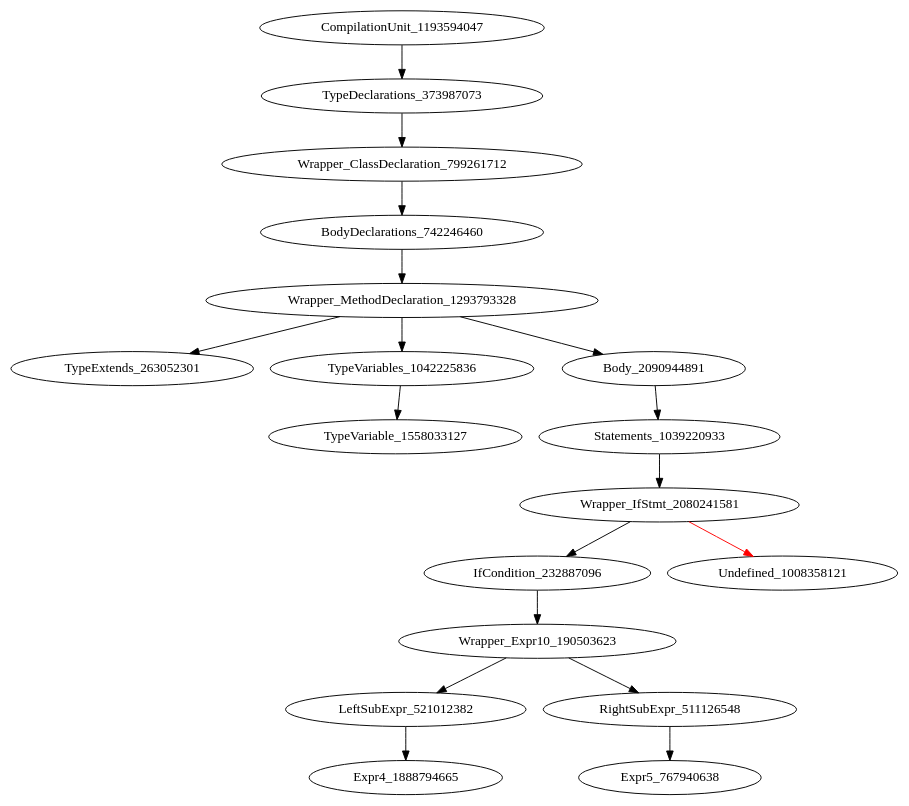
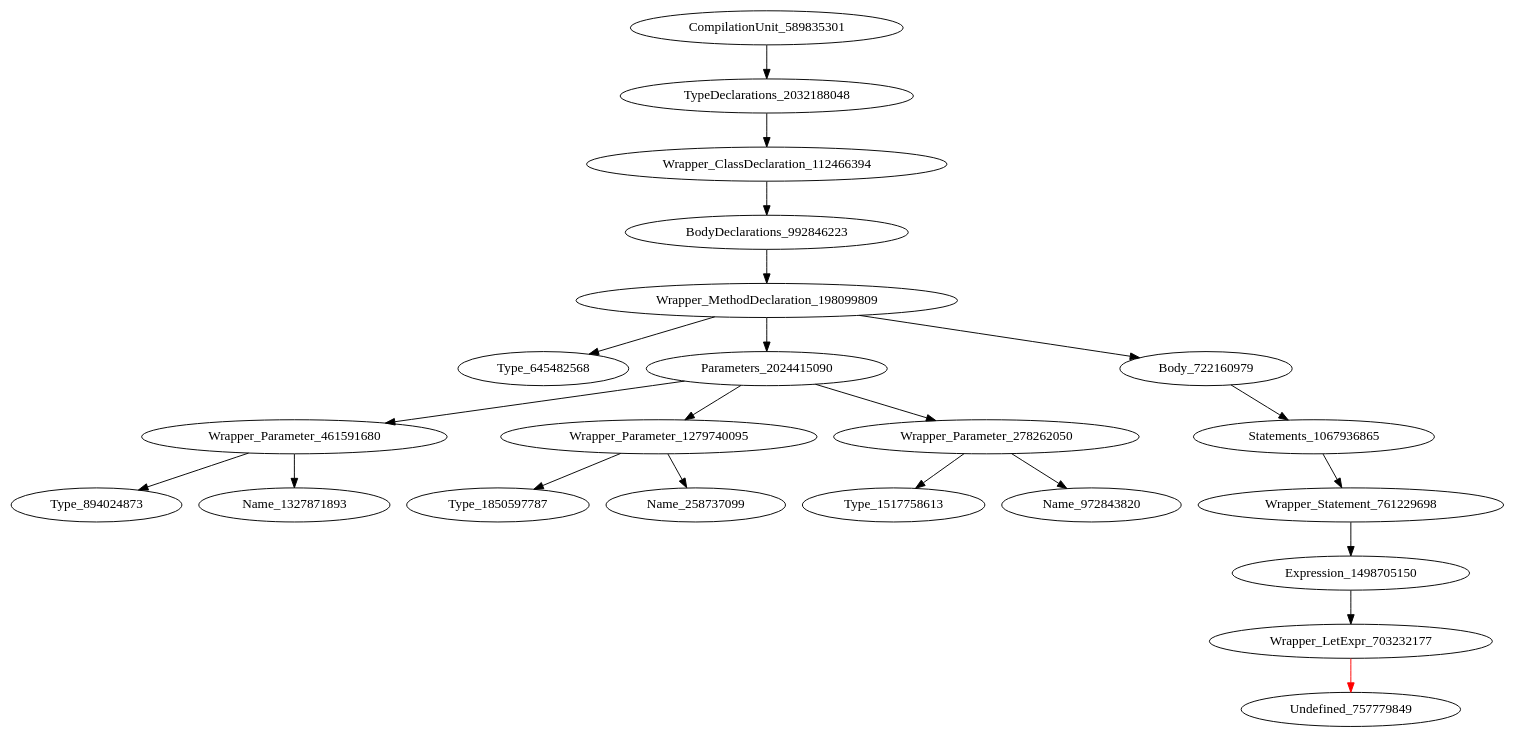
Before and after one commit to icse2023material/VoiceJava: the diagram in holeAST.dot, drawn with Graphviz. The commit also changed 14 other files, not shown here.

Commit message:
[add] refine typevariable to type only. variable belongs to expr

```diff
--- a/holeAST.dot
+++ b/holeAST.dot
@@ -1,19 +1,23 @@
 digraph {
-CompilationUnit_1193594047 -> TypeDeclarations_373987073
-TypeDeclarations_373987073 -> Wrapper_ClassDeclaration_799261712
-Wrapper_ClassDeclaration_799261712 -> BodyDeclarations_742246460
-BodyDeclarations_742246460 -> Wrapper_MethodDeclaration_1293793328
-Wrapper_MethodDeclaration_1293793328 -> TypeExtends_263052301
-Wrapper_MethodDeclaration_1293793328 -> TypeVariables_1042225836
-Wrapper_MethodDeclaration_1293793328 -> Body_2090944891
-TypeVariables_1042225836 -> TypeVariable_1558033127
-Body_2090944891 -> Statements_1039220933
-Statements_1039220933 -> Wrapper_IfStmt_2080241581
-Wrapper_IfStmt_2080241581 -> IfCondition_232887096
-Wrapper_IfStmt_2080241581 -> Undefined_1008358121 [color = red] 
-IfCondition_232887096 -> Wrapper_Expr10_190503623
-Wrapper_Expr10_190503623 -> LeftSubExpr_521012382
-Wrapper_Expr10_190503623 -> RightSubExpr_511126548
-LeftSubExpr_521012382 -> Expr4_1888794665
-RightSubExpr_511126548 -> Expr5_767940638
+CompilationUnit_589835301 -> TypeDeclarations_2032188048
+TypeDeclarations_2032188048 -> Wrapper_ClassDeclaration_112466394
+Wrapper_ClassDeclaration_112466394 -> BodyDeclarations_992846223
+BodyDeclarations_992846223 -> Wrapper_MethodDeclaration_198099809
+Wrapper_MethodDeclaration_198099809 -> Type_645482568
+Wrapper_MethodDeclaration_198099809 -> Parameters_2024415090
+Wrapper_MethodDeclaration_198099809 -> Body_722160979
+Parameters_2024415090 -> Wrapper_Parameter_461591680
+Parameters_2024415090 -> Wrapper_Parameter_1279740095
+Parameters_2024415090 -> Wrapper_Parameter_278262050
+Body_722160979 -> Statements_1067936865
+Wrapper_Parameter_461591680 -> Type_894024873
+Wrapper_Parameter_461591680 -> Name_1327871893
+Wrapper_Parameter_1279740095 -> Type_1850597787
+Wrapper_Parameter_1279740095 -> Name_258737099
+Wrapper_Parameter_278262050 -> Type_1517758613
+Wrapper_Parameter_278262050 -> Name_972843820
+Statements_1067936865 -> Wrapper_Statement_761229698
+Wrapper_Statement_761229698 -> Expression_1498705150
+Expression_1498705150 -> Wrapper_LetExpr_703232177
+Wrapper_LetExpr_703232177 -> Undefined_757779849 [color = red] 
 }
```
